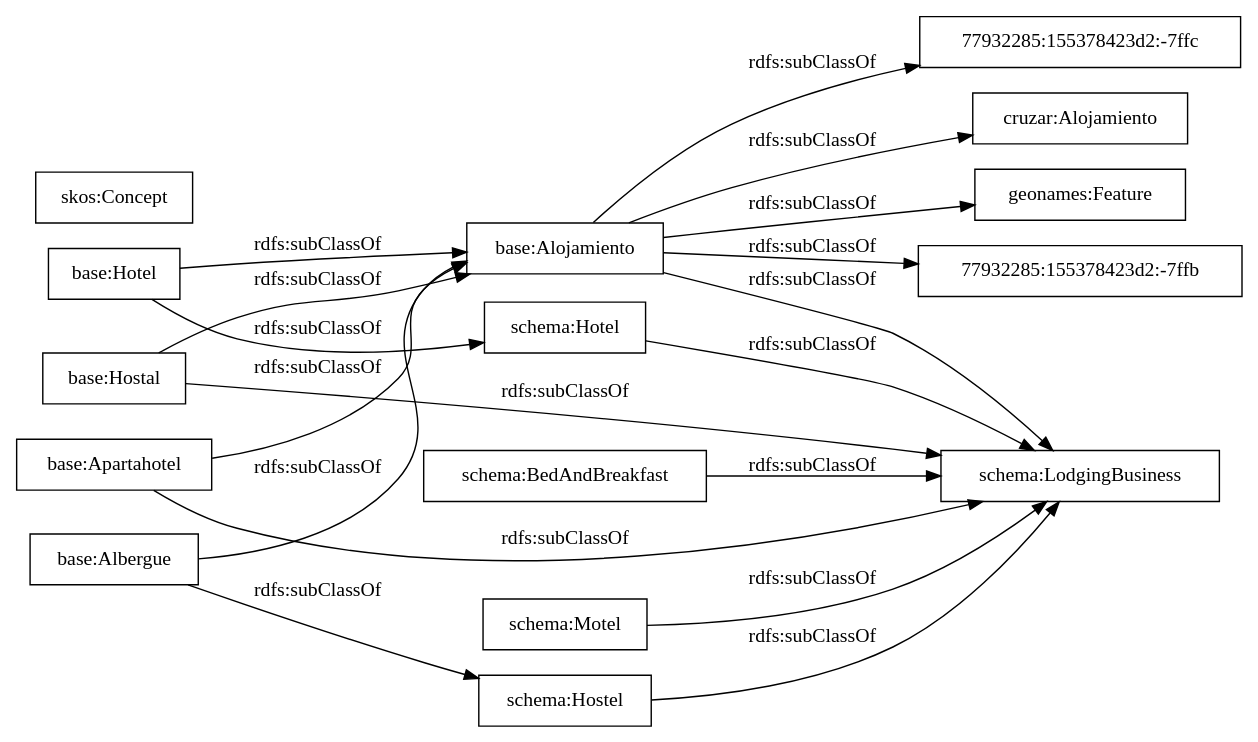
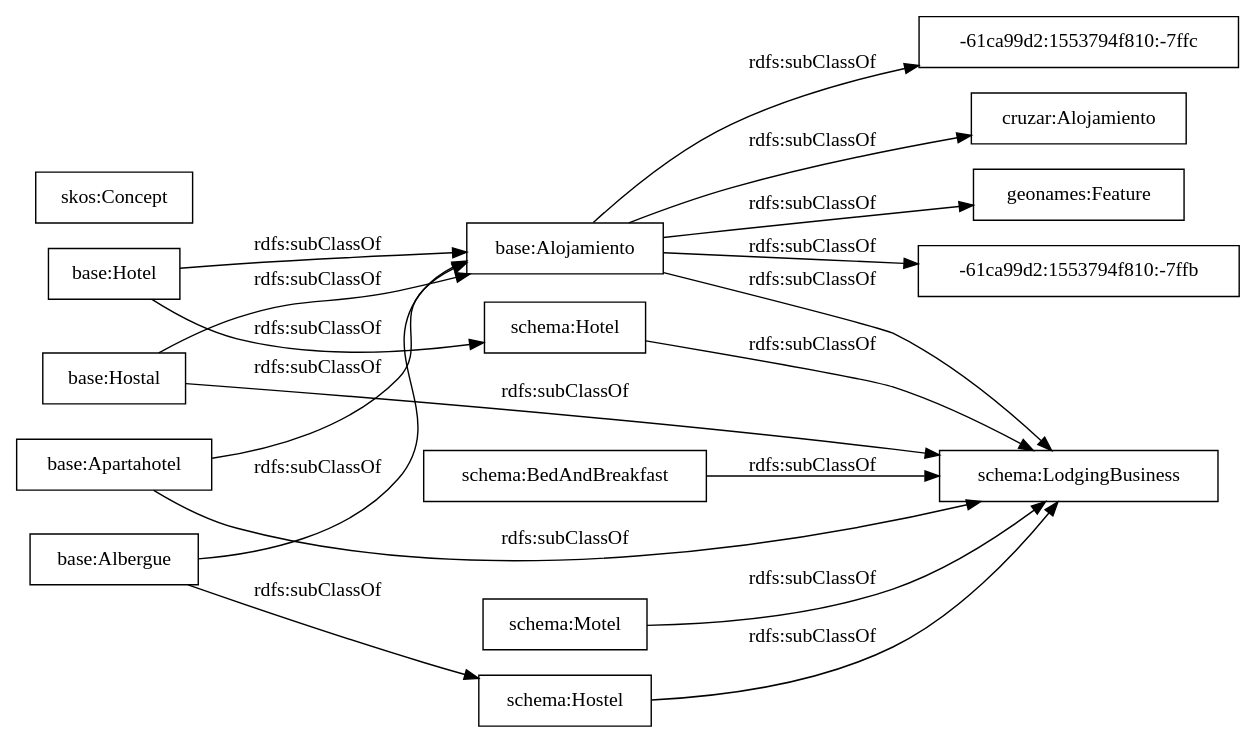
The diagram in OnToology/alo.owl/diagrams/ar2dtool-taxonomy/alo.owl.png.dot (ahmad88me/demo), drawn with Graphviz before and after one commit. The commit also changed 7 other files, not shown here.

```diff
--- a/OnToology/alo.owl/diagrams/ar2dtool-taxonomy/alo.owl.png.dot
+++ b/OnToology/alo.owl/diagrams/ar2dtool-taxonomy/alo.owl.png.dot
@@ -1,23 +1,23 @@
 digraph ar2dtool_diagram { 
 rankdir=LR;
 size="1000"
-node [shape = rectangle, color="black"]; "base:Hotel" "schema:Hostel" "base:Hostal" "cruzar:Alojamiento" "base:Alojamiento" "schema:BedAndBreakfast" "geonames:Feature" "base:Apartahotel" "schema:Motel" "schema:LodgingBusiness" "skos:Concept" "schema:Hotel" "base:Albergue" "77932285:155378423d2:-7ffb" "77932285:155378423d2:-7ffc" ; /*classes style*/
+node [shape = rectangle, color="black"]; "base:Hotel" "schema:Hostel" "base:Hostal" "cruzar:Alojamiento" "base:Alojamiento" "schema:BedAndBreakfast" "geonames:Feature" "base:Apartahotel" "schema:Motel" "schema:LodgingBusiness" "skos:Concept" "schema:Hotel" "base:Albergue" "-61ca99d2:1553794f810:-7ffb" "-61ca99d2:1553794f810:-7ffc" ; /*classes style*/
+	"base:Alojamiento" -> "-61ca99d2:1553794f810:-7ffc" [ label = "rdfs:subClassOf" ];
 	"base:Alojamiento" -> "cruzar:Alojamiento" [ label = "rdfs:subClassOf" ];
+	"base:Alojamiento" -> "-61ca99d2:1553794f810:-7ffb" [ label = "rdfs:subClassOf" ];
 	"base:Alojamiento" -> "geonames:Feature" [ label = "rdfs:subClassOf" ];
-	"base:Alojamiento" -> "77932285:155378423d2:-7ffc" [ label = "rdfs:subClassOf" ];
 	"base:Alojamiento" -> "schema:LodgingBusiness" [ label = "rdfs:subClassOf" ];
-	"base:Alojamiento" -> "77932285:155378423d2:-7ffb" [ label = "rdfs:subClassOf" ];
 	"schema:BedAndBreakfast" -> "schema:LodgingBusiness" [ label = "rdfs:subClassOf" ];
 	"base:Albergue" -> "base:Alojamiento" [ label = "rdfs:subClassOf" ];
 	"base:Albergue" -> "schema:Hostel" [ label = "rdfs:subClassOf" ];
 	"base:Hostal" -> "base:Alojamiento" [ label = "rdfs:subClassOf" ];
 	"base:Hostal" -> "schema:LodgingBusiness" [ label = "rdfs:subClassOf" ];
 	"schema:Hotel" -> "schema:LodgingBusiness" [ label = "rdfs:subClassOf" ];
 	"base:Hotel" -> "base:Alojamiento" [ label = "rdfs:subClassOf" ];
 	"base:Hotel" -> "schema:Hotel" [ label = "rdfs:subClassOf" ];
 	"schema:Motel" -> "schema:LodgingBusiness" [ label = "rdfs:subClassOf" ];
 	"schema:Hostel" -> "schema:LodgingBusiness" [ label = "rdfs:subClassOf" ];
 	"base:Apartahotel" -> "base:Alojamiento" [ label = "rdfs:subClassOf" ];
 	"base:Apartahotel" -> "schema:LodgingBusiness" [ label = "rdfs:subClassOf" ];
 
 }
```
